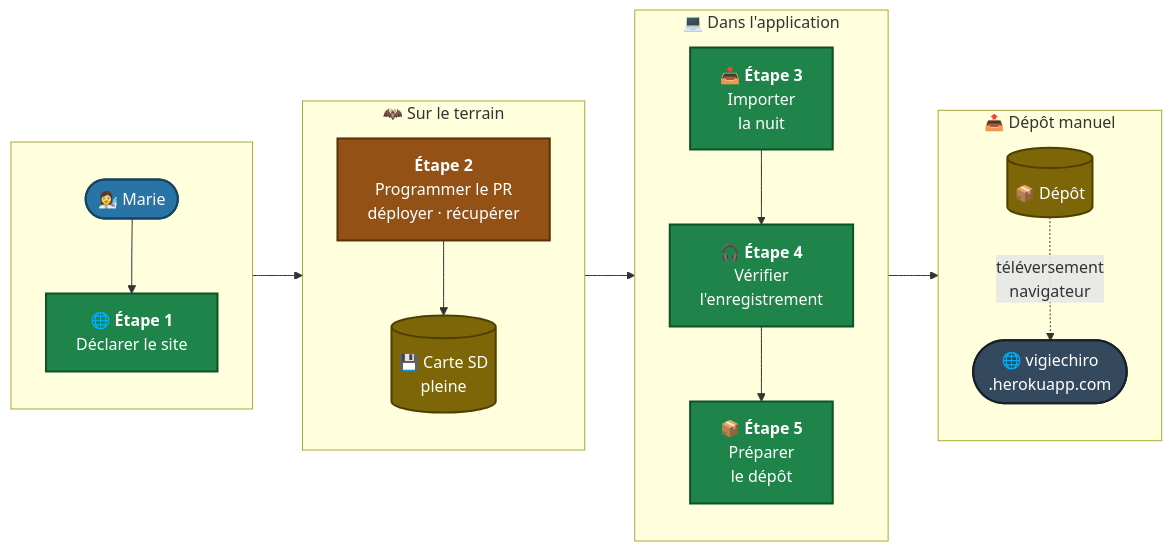
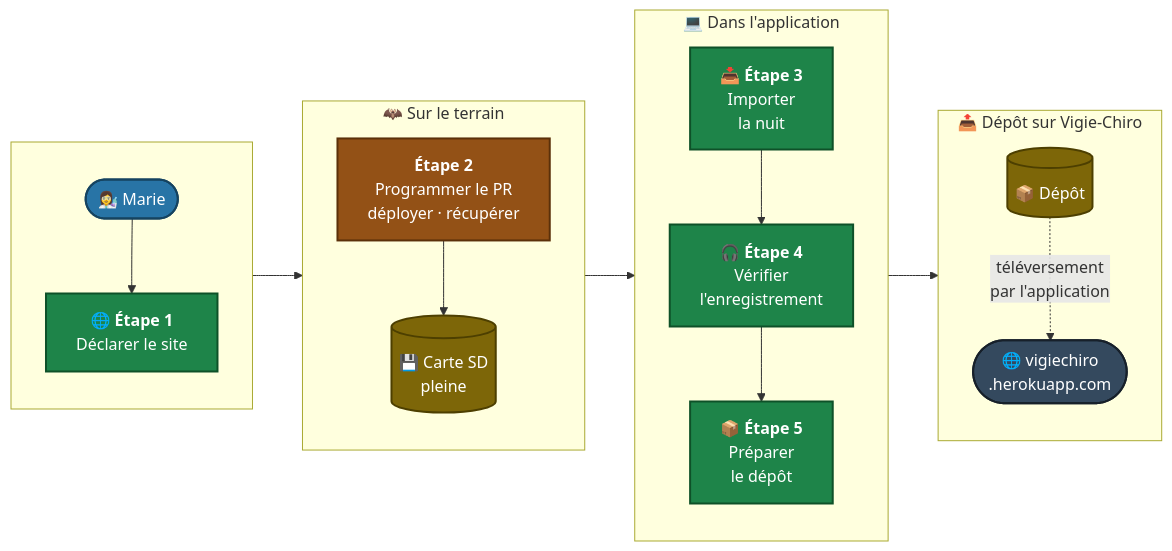
One commit to IUTInfoAix-S201/vigiechiro-pr-companion changed the diagram in brief/docs/Analyse et conception/Parcours utilisateurs/P0 - Première nuit de Marie.md. Above: the diagram before and after it, drawn with Mermaid. The commit also changed other lines of this file and 13 other files, not shown here.

First line of the commit message:
docs(depot): le dépôt n'est plus manuel, en prose et dans la maquette M-Lot (#2404)

````diff
--- a/brief/docs/Analyse et conception/Parcours utilisateurs/P0 - Première nuit de Marie.md
+++ b/brief/docs/Analyse et conception/Parcours utilisateurs/P0 - Première nuit de Marie.md
@@ -12,47 +12,47 @@
 ```mermaid
 %%{init: {"themeCSS": ".nodeLabel, .nodeLabel p, .nodeLabel span { color: #fff !important; fill: #fff !important; }"}}%%
 flowchart LR
     subgraph init[ ]
         direction TB
         Marie(["👩‍🔬 Marie"])
         S1["🌐 <b>Étape 1</b><br/>Déclarer le site"]
         Marie --> S1
     end
 
     subgraph terrain[🦇 Sur le terrain]
         direction TB
         S2["<b>Étape 2</b><br/>Programmer le PR<br/>déployer · récupérer"]
         SD[("💾 Carte SD<br/>pleine")]
         S2 --> SD
     end
 
     subgraph app[💻 Dans l'application]
         direction TB
         S3["📥 <b>Étape 3</b><br/>Importer<br/>la nuit"]
         S4["🎧 <b>Étape 4</b><br/>Vérifier<br/>l'enregistrement"]
         S5["📦 <b>Étape 5</b><br/>Préparer<br/>le dépôt"]
         S3 --> S4 --> S5
     end
 
-    subgraph livraison[📤 Dépôt manuel]
+    subgraph livraison[📤 Dépôt sur Vigie-Chiro]
         direction TB
         Lot[("📦 Dépôt")]
         VC(["🌐 vigiechiro<br/>.herokuapp.com"])
-        Lot -.téléversement<br/>navigateur.-> VC
+        Lot -.téléversement<br/>par l'application.-> VC
     end
 
     S1 --> S2
     SD --> S3
     S5 --> Lot
 
     classDef step fill:#1e8449,stroke:#0e5128,color:#fff,stroke-width:2px
     classDef offapp fill:#935116,stroke:#5b3009,color:#fff,stroke-width:2px
     classDef artifact fill:#7d6608,stroke:#4d3f00,color:#fff,stroke-width:2px
     classDef ext fill:#34495e,stroke:#17202a,color:#fff,stroke-width:2px
     classDef actor fill:#2874a6,stroke:#154360,color:#fff,stroke-width:2px
     class S1,S3,S4,S5 step
     class S2 offapp
     class SD,Lot artifact
     class VC ext
     class Marie actor
 ```
````
